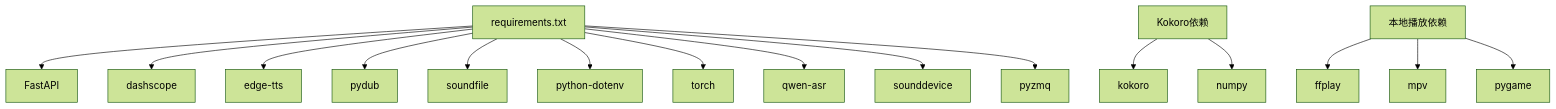
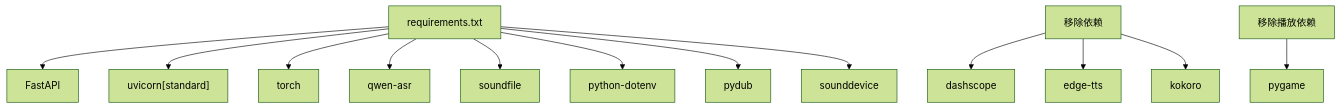
One commit to 1024dashen/Vue3Speech changed the seventh of 7 diagrams in .qoder/repowiki/zh/content/语音合成服务/语音合成服务.md. Above: the diagram before and after it, drawn with Mermaid (forest theme). The commit also changed other lines of this file and 6 other files, not shown here.

````diff
--- a/.qoder/repowiki/zh/content/语音合成服务/语音合成服务.md
+++ b/.qoder/repowiki/zh/content/语音合成服务/语音合成服务.md
@@ -435,18 +273,15 @@
 ```mermaid
 graph TB
 R["requirements.txt"] --> F["FastAPI"]
-R --> D["dashscope"]
-R --> E["edge-tts"]
-R --> P["pydub"]
-R --> S["soundfile"]
-R --> V["python-dotenv"]
+R --> U["uvicorn[standard]"]
 R --> T["torch"]
 R --> Q["qwen-asr"]
+R --> SF["soundfile"]
+R --> PD["python-dotenv"]
+R --> P["pydub"]
 R --> SD["sounddevice"]
-R --> Z["pyzmq"]
-K["Kokoro依赖"] --> K1["kokoro"]
-K --> K2["numpy"]
-L["本地播放依赖"] --> L1["ffplay"]
-L --> L2["mpv"]
-L --> L3["pygame"]
+K["移除依赖"] --> D["dashscope"]
+K --> E["edge-tts"]
+K --> K2["kokoro"]
+L["移除播放依赖"] --> PY["pygame"]
 ```
````
